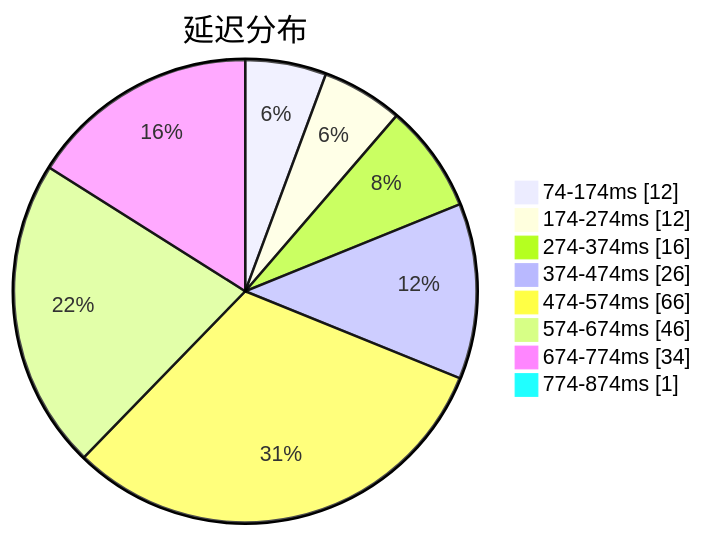
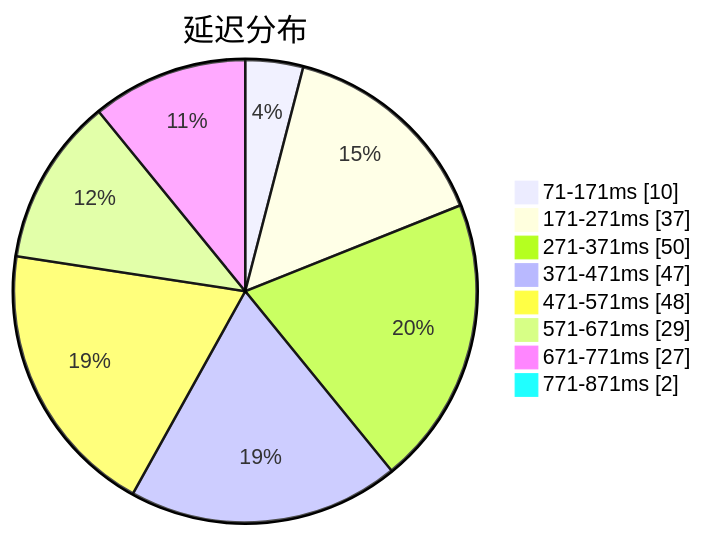
The first of 3 diagrams in subs/statistics/tested_within.md (sinspired/airport), drawn with Mermaid before and after one commit. The commit also changed other lines of this file and 2 other files, not shown here.

````diff
--- a/subs/statistics/tested_within.md
+++ b/subs/statistics/tested_within.md
@@ -2,12 +2,12 @@
 ```mermaid
 pie showData
 title 延迟分布
-"74-174ms" : 12
-"174-274ms" : 12
-"274-374ms" : 16
-"374-474ms" : 26
-"474-574ms" : 66
-"574-674ms" : 46
-"674-774ms" : 34
-"774-874ms" : 1
+"71-171ms" : 10
+"171-271ms" : 37
+"271-371ms" : 50
+"371-471ms" : 47
+"471-571ms" : 48
+"571-671ms" : 29
+"671-771ms" : 27
+"771-871ms" : 2
 ```
````
